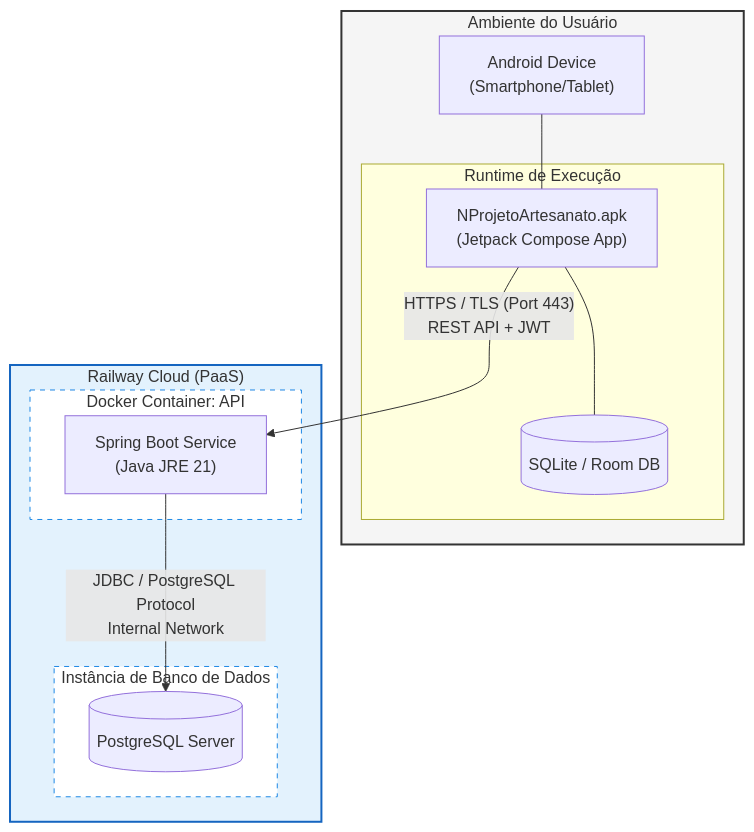
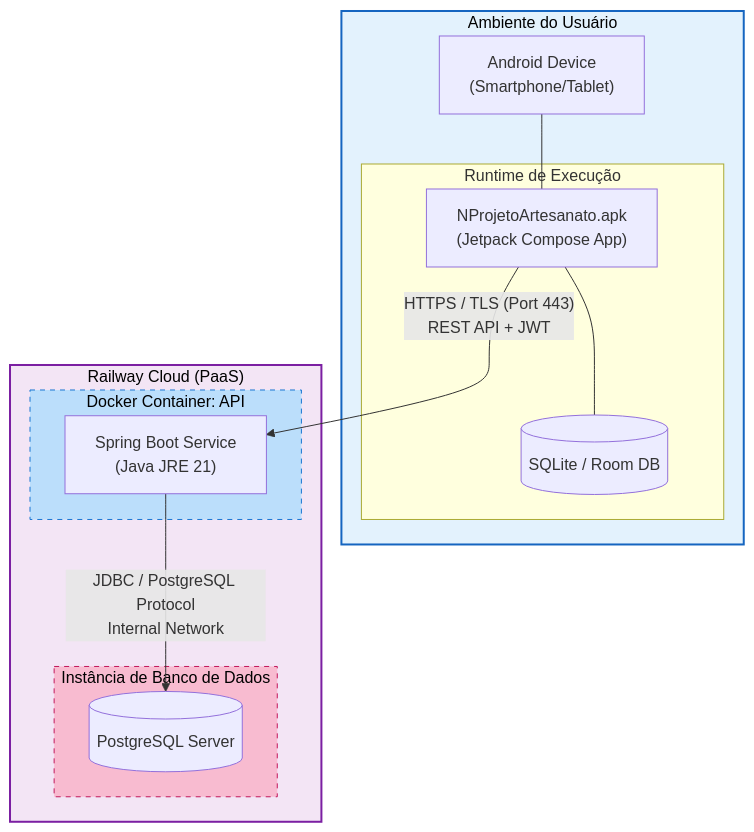
One commit to Guilherme-xDEV/projeto-pdm-app-artesao changed the third of 10 diagrams in docs/mermaid_diagrams.md. Above: the diagram before and after it, drawn with Mermaid. The commit also changed other lines of this file and 1 other file, not shown here.

Commit message:
refactor: diagrams refactor

````diff
--- a/docs/mermaid_diagrams.md
+++ b/docs/mermaid_diagrams.md
@@ -112,32 +119,32 @@
 ```mermaid
 graph TD
     subgraph User_Environment ["Ambiente do Usuário"]
         Device["Android Device<br/>(Smartphone/Tablet)"]
         subgraph Mobile_Runtime ["Runtime de Execução"]
             App["NProjetoArtesanato.apk<br/>(Jetpack Compose App)"]
             Room[("SQLite / Room DB")]
         end
         Device --- App
         App --- Room
     end
 
     subgraph Cloud_Infrastructure ["Railway Cloud (PaaS)"]
         subgraph Backend_Node ["Docker Container: API"]
             Spring["Spring Boot Service<br/>(Java JRE 21)"]
         end
 
         subgraph Database_Node ["Instância de Banco de Dados"]
             Postgres[("PostgreSQL Server")]
         end
     end
 
     %% Communication paths
     App -- "HTTPS / TLS (Port 443)<br/>REST API + JWT" --> Spring
     Spring -- "JDBC / PostgreSQL Protocol<br/>Internal Network" --> Postgres
 
     %% Styling
-    style User_Environment fill:#f5f5f5,stroke:#333,stroke-width:2px
-    style Cloud_Infrastructure fill:#e3f2fd,stroke:#1565c0,stroke-width:2px
-    style Backend_Node fill:#fff,stroke:#1e88e5,stroke-dasharray: 5 5
-    style Database_Node fill:#fff,stroke:#1e88e5,stroke-dasharray: 5 5
+    style User_Environment fill:#e3f2fd,stroke:#1565c0,stroke-width:2px,color:#000
+    style Cloud_Infrastructure fill:#f3e5f5,stroke:#7b1fa2,stroke-width:2px,color:#000
+    style Backend_Node fill:#bbdefb,stroke:#1976d2,stroke-dasharray: 5 5,color:#000
+    style Database_Node fill:#f8bbd0,stroke:#c2185b,stroke-dasharray: 5 5,color:#000
 ```
````
